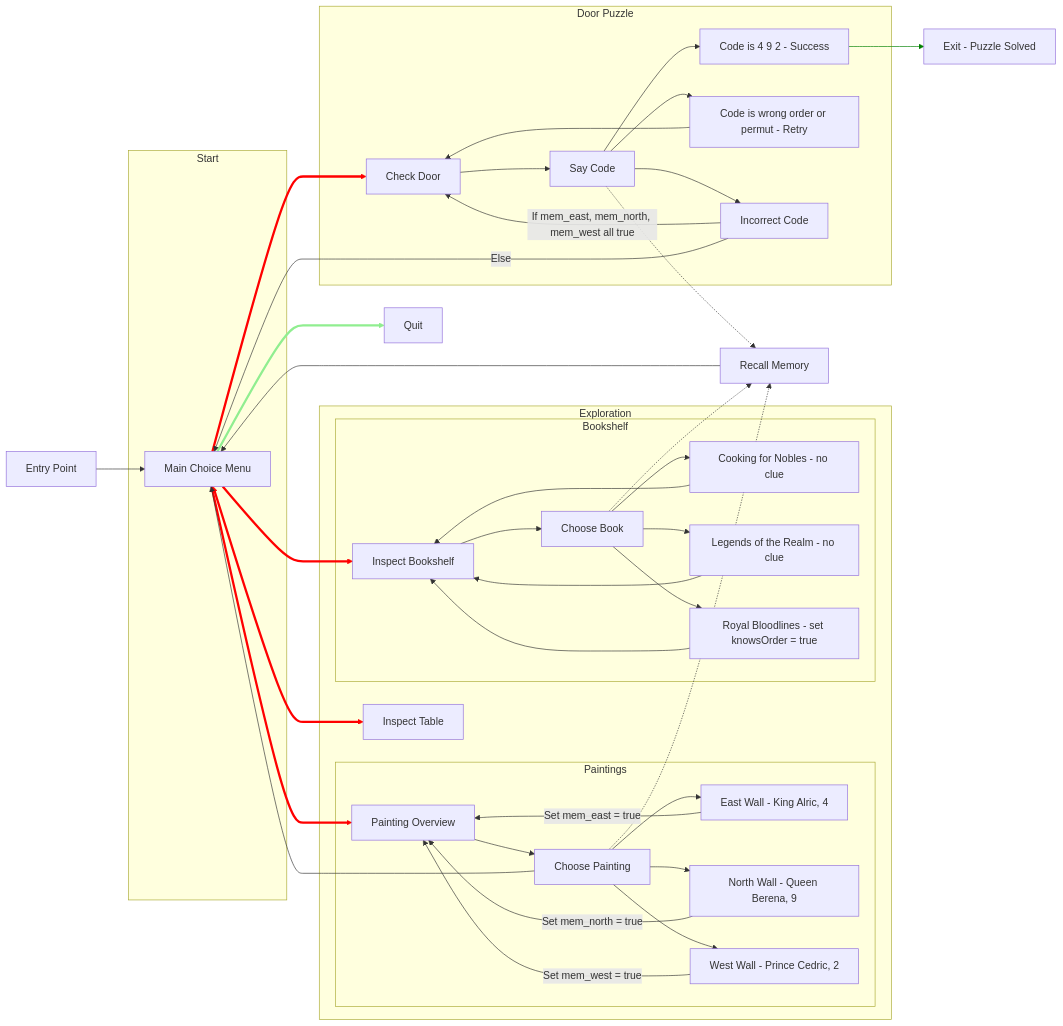
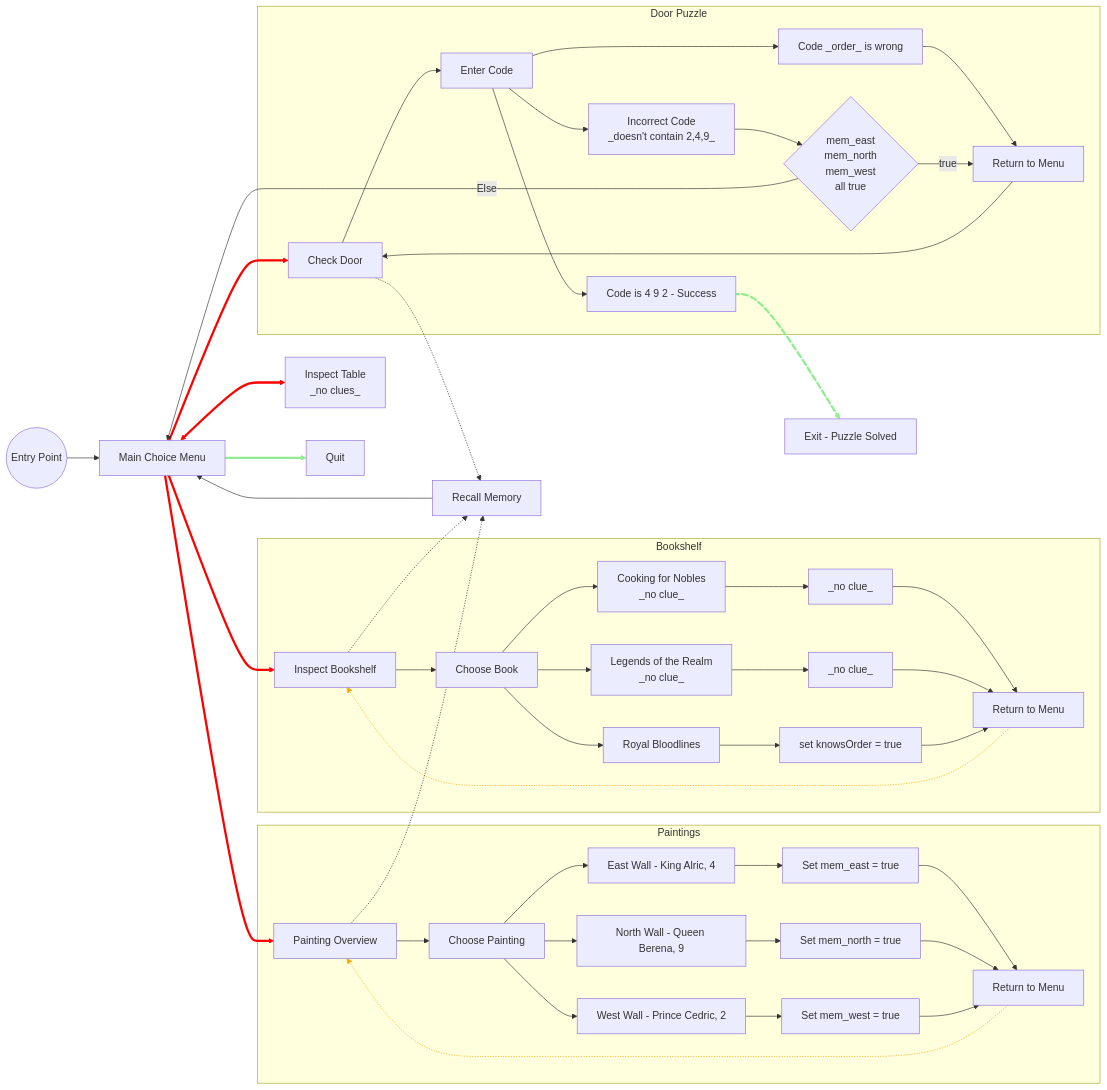
One commit to SDS2025/test_vxml changed the third of 3 diagrams in Files/Diagrams/README.md. Above: the diagram before and after it, drawn with Mermaid.

Commit message:
Diagrams/README.md (local changes)

````diff
--- a/Files/Diagrams/README.md
+++ b/Files/Diagrams/README.md
@@ -148,76 +148,91 @@
 
 flowchart LR
 
-  A[Entry Point]
-  subgraph Start
+  A[Entry Point] 
+  A@{ shape: circle }
     B[Main Choice Menu]
-  end
     G[Recall Memory]
     G --> B
   A --> B
-
-  subgraph Exploration
-    B <==> C[Inspect Table]
+B e3@<==> C
+B e2@==> D
+B e1@==> E
+B e5@==> F
+%%   subgraph Exploration
+    C[Inspect Table<br>_no clues_]
     %% C --> B
 
     subgraph Paintings
-    B ==> D[Painting Overview]
+    Eretp[Return to Menu]
+    D[Painting Overview]
     D --> D1[Choose Painting]
 
     D1 --> D2[East Wall - King Alric, 4]
-    D2 -->|Set mem_east = true| D
+    D2 -->D12[Set mem_east = true] --> Eretp
 
     D1 --> D3[North Wall - Queen Berena, 9]
-    D3 -->|Set mem_north = true| D
+    D3 -->D11[Set mem_north = true] -->Eretp
 
     D1 --> D4[West Wall - Prince Cedric, 2]
-    D4 -->|Set mem_west = true| D
-    D1 --> B
+    D4 --> D10[Set mem_west = true] -->Eretp
+    Eretp e7@-.-> D
+    %% D1 --> B
     end
 
     subgraph Bookshelf
-        B ==> E[Inspect Bookshelf]
+        Eret[Return to Menu]
+        E[Inspect Bookshelf]
         E --> E1[Choose Book]
 
-        E1 --> E2[Cooking for Nobles - no clue]
-        E2 --> E
+        E1 --> E2[Cooking for Nobles<br>_no clue_]
+        E2 --> E11[_no clue_] --> Eret
 
-        E1 --> E3[Legends of the Realm - no clue]
-        E3 --> E
+        E1 --> E3[Legends of the Realm<br>_no clue_]
+        E3 --> E12[_no clue_] -->Eret
 
-        E1 --> E4[Royal Bloodlines - set knowsOrder = true]
-        E4 --> E
+        E1 --> E4[Royal Bloodlines]
+        E4 -->E10[set knowsOrder = true]--> Eret
+        Eret e8@-.-> E        
 
         %% E1 --> B
     end
-	linkStyle 2 stroke:red
-	linkStyle 3 stroke:red
-	linkStyle 12 stroke:red
-  end
-    D1 -.-> G
-    E1 -.-> G
+%%   end
+    D -.-> G
+    E -.-> G
 
 
   subgraph Door Puzzle
-    B ==> F[Check Door]
-    F --> F1[Say Code]
+    F[Check Door]
+    F --> F1[Enter Code]
 
     F1 --> F2[Code is 4 9 2  - Success]
 
-    F1 --> F3[Code is wrong order or permut - Retry]
-    F3 --> F
+    F1 --> F3[Code _order_ is wrong]
+    F3 --> F11
 
-    F1 --> F4[Incorrect Code]
-    F4 -->|If mem_east, mem_north, mem_west all true| F
-    F4 -->|Else| B
-	linkStyle 22 stroke:red
+    F1 --> F4[Incorrect Code<br>_doesn't contain 2,4,9_]
+    F4 -->F10{mem_east<br>mem_north<br>mem_west<br>all true} --> |true|F11[Return to Menu] -->F
+    
   end
-    F1 -.-> G
-    F2 --> I[Exit - Puzzle Solved]
-    B ==> H[Quit]
-	linkStyle 32 stroke:lightgreen
-	linkStyle 31 stroke:green
+    F10 -->|Else| B
+    F -.-> G
+    B e6@==> H[Quit]
+    F2 e10@==> I[Exit - Puzzle Solved]
 
 
+    classDef mainMenu stroke:red
+    classDef menuReturn stroke:orange
+    classDef exit stroke:lightgreen, animate: true 
+    class e1 mainMenu
+    class e2 mainMenu
+    class e3 mainMenu
+    class e4 mainMenu
+    class e5 mainMenu
+    class e6 exit
+    class e10 exit
+    e10@{ animate: true }
+    class e7 menuReturn
+    class e8 menuReturn
+    class e9 menuReturn
 
 ```
````
